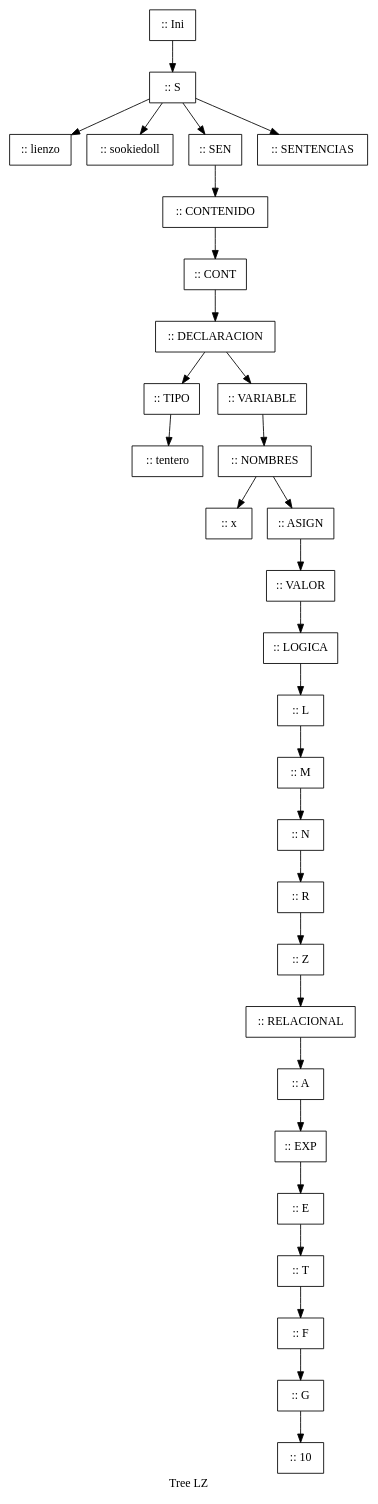
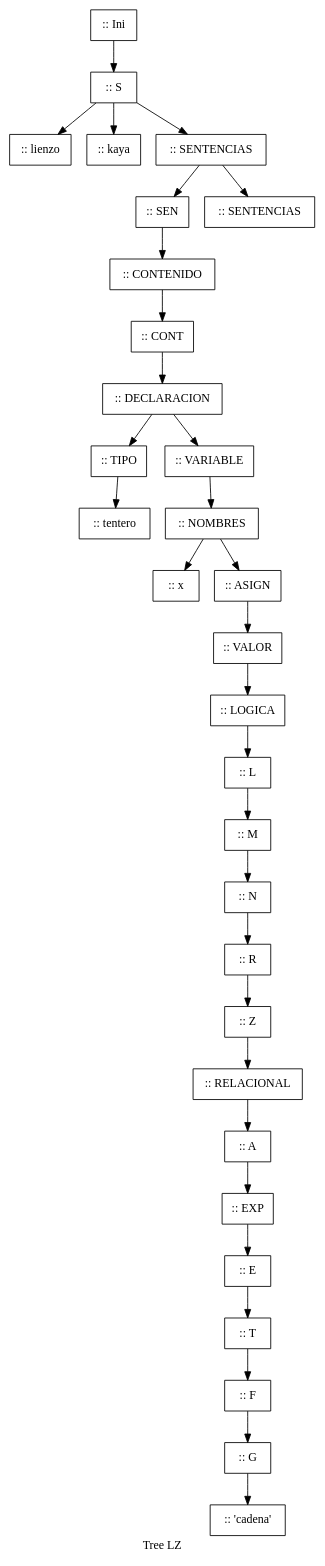
One commit to carlosgomezr/P1 changed the diagram in proyecto1Compi2/grafica.dot. Above: the diagram before and after it, drawn with Graphviz. The commit also changed 21 other files, not shown here.

```diff
--- a/proyecto1Compi2/grafica.dot
+++ b/proyecto1Compi2/grafica.dot
@@ -1,93 +1,96 @@
 digraph G { 
  label= "Tree LZ "node [shape=record]; 
  subgraph g {nodo1[label= "
  :: Ini"]; 
 nodo1->nodo2;
 nodo2[label= "
  :: S"]; 
 nodo2->nodo3;
 nodo2->nodo4;
 nodo2->nodo5;
-nodo2->nodo6;
 nodo3[label= "
  :: lienzo"]; 
 nodo4[label= "
- :: sookiedoll"]; 
+ :: kaya"]; 
 nodo5[label= "
+ :: SENTENCIAS"]; 
+nodo5->nodo6;
+nodo5->nodo7;
+nodo6[label= "
  :: SEN"]; 
-nodo5->nodo7;
-nodo7[label= "
+nodo6->nodo8;
+nodo8[label= "
  :: CONTENIDO"]; 
-nodo7->nodo8;
-nodo8[label= "
- :: CONT"]; 
 nodo8->nodo9;
 nodo9[label= "
+ :: CONT"]; 
+nodo9->nodo10;
+nodo10[label= "
  :: DECLARACION"]; 
-nodo9->nodo10;
-nodo9->nodo12;
-nodo10[label= "
+nodo10->nodo11;
+nodo10->nodo13;
+nodo11[label= "
  :: TIPO"]; 
-nodo10->nodo11;
-nodo11[label= "
+nodo11->nodo12;
+nodo12[label= "
  :: tentero"]; 
-nodo12[label= "
+nodo13[label= "
  :: VARIABLE"]; 
-nodo12->nodo13;
-nodo13[label= "
+nodo13->nodo14;
+nodo14[label= "
  :: NOMBRES"]; 
-nodo13->nodo14;
-nodo13->nodo15;
-nodo14[label= "
+nodo14->nodo15;
+nodo14->nodo16;
+nodo15[label= "
  :: x"]; 
-nodo15[label= "
+nodo16[label= "
  :: ASIGN"]; 
-nodo15->nodo16;
-nodo16[label= "
- :: VALOR"]; 
 nodo16->nodo17;
 nodo17[label= "
- :: LOGICA"]; 
+ :: VALOR"]; 
 nodo17->nodo18;
 nodo18[label= "
- :: L"]; 
+ :: LOGICA"]; 
 nodo18->nodo19;
 nodo19[label= "
- :: M"]; 
+ :: L"]; 
 nodo19->nodo20;
 nodo20[label= "
- :: N"]; 
+ :: M"]; 
 nodo20->nodo21;
 nodo21[label= "
- :: R"]; 
+ :: N"]; 
 nodo21->nodo22;
 nodo22[label= "
- :: Z"]; 
+ :: R"]; 
 nodo22->nodo23;
 nodo23[label= "
- :: RELACIONAL"]; 
+ :: Z"]; 
 nodo23->nodo24;
 nodo24[label= "
- :: A"]; 
+ :: RELACIONAL"]; 
 nodo24->nodo25;
 nodo25[label= "
- :: EXP"]; 
+ :: A"]; 
 nodo25->nodo26;
 nodo26[label= "
- :: E"]; 
+ :: EXP"]; 
 nodo26->nodo27;
 nodo27[label= "
- :: T"]; 
+ :: E"]; 
 nodo27->nodo28;
 nodo28[label= "
- :: F"]; 
+ :: T"]; 
 nodo28->nodo29;
 nodo29[label= "
- :: G"]; 
+ :: F"]; 
 nodo29->nodo30;
 nodo30[label= "
- :: 10"]; 
-nodo6[label= "
+ :: G"]; 
+nodo30->nodo31;
+nodo31[label= "
+ :: 'cadena'"]; 
+nodo7[label= "
  :: SENTENCIAS"]; 
 }
  }
```
